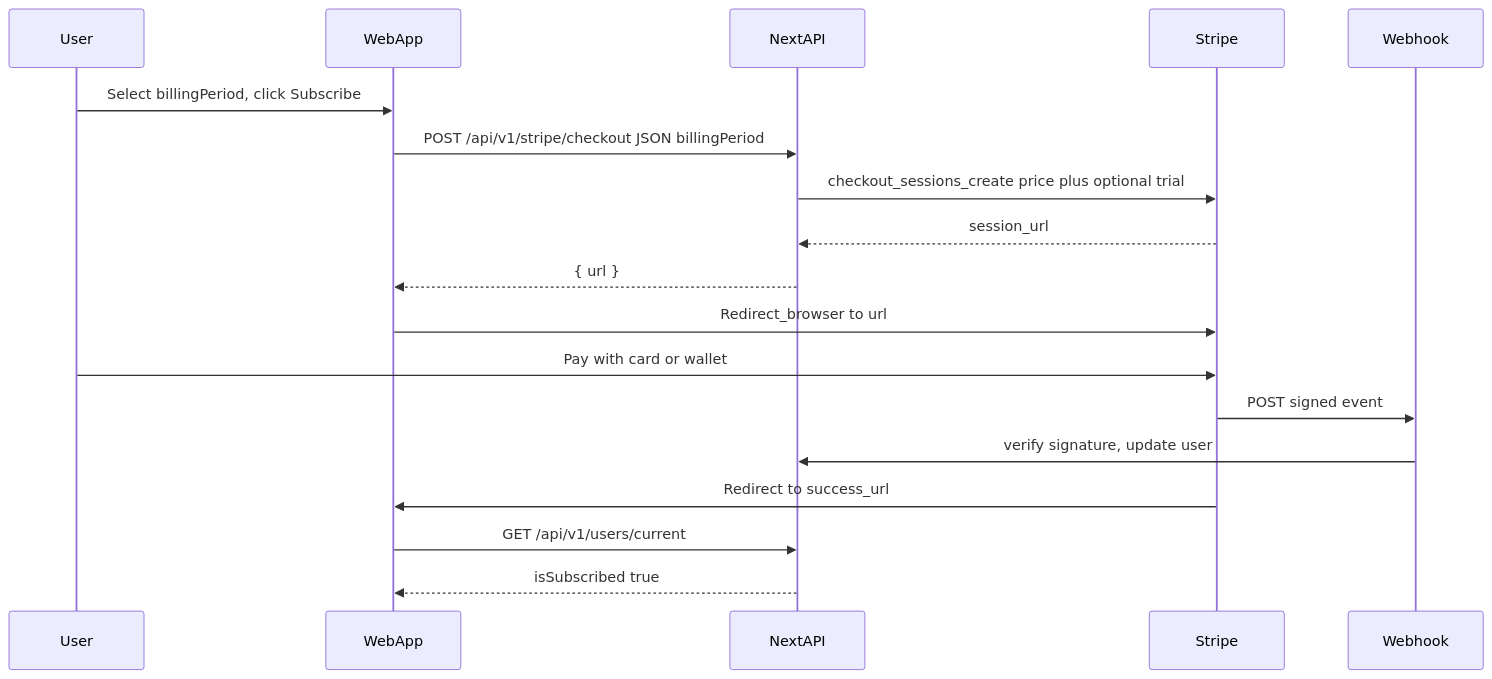
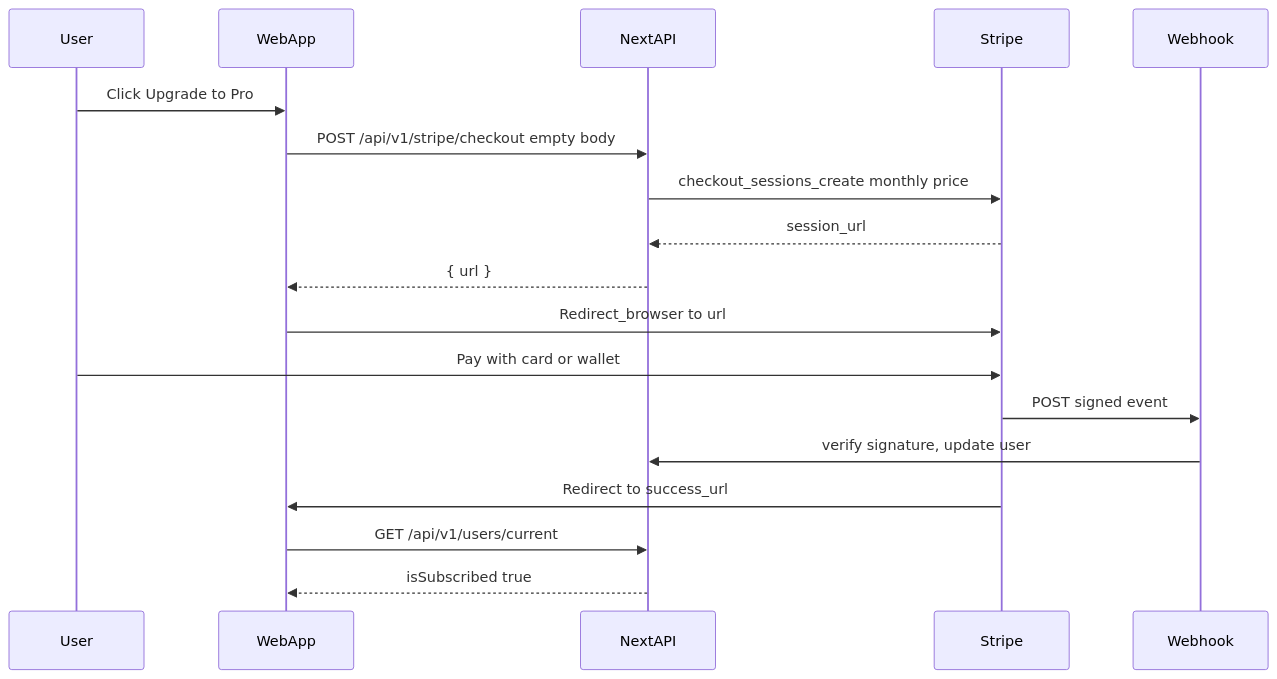
The diagram in docs/STRIPE_WEB_CHECKOUT_UI.md (Eklan-UK/eklana-ai-frontend), drawn with Mermaid before and after one commit. The commit also changed other lines of this file and 33 other files, not shown here.

First line of the commit message:
refactor: rollback Stripe pricing to single monthly Pro plan

````diff
--- a/docs/STRIPE_WEB_CHECKOUT_UI.md
+++ b/docs/STRIPE_WEB_CHECKOUT_UI.md
@@ -101,21 +94,21 @@
 ```mermaid
 sequenceDiagram
   participant User
   participant WebApp
   participant NextAPI
   participant Stripe
   participant Webhook
 
-  User->>WebApp: Select billingPeriod, click Subscribe
-  WebApp->>NextAPI: POST /api/v1/stripe/checkout JSON billingPeriod
-  NextAPI->>Stripe: checkout_sessions_create price plus optional trial
+  User->>WebApp: Click Upgrade to Pro
+  WebApp->>NextAPI: POST /api/v1/stripe/checkout empty body
+  NextAPI->>Stripe: checkout_sessions_create monthly price
   Stripe-->>NextAPI: session_url
   NextAPI-->>WebApp: { url }
   WebApp->>Stripe: Redirect_browser to url
   User->>Stripe: Pay with card or wallet
   Stripe->>Webhook: POST signed event
   Webhook->>NextAPI: verify signature, update user
   Stripe->>WebApp: Redirect to success_url
   WebApp->>NextAPI: GET /api/v1/users/current
   NextAPI-->>WebApp: isSubscribed true
 ```
````
